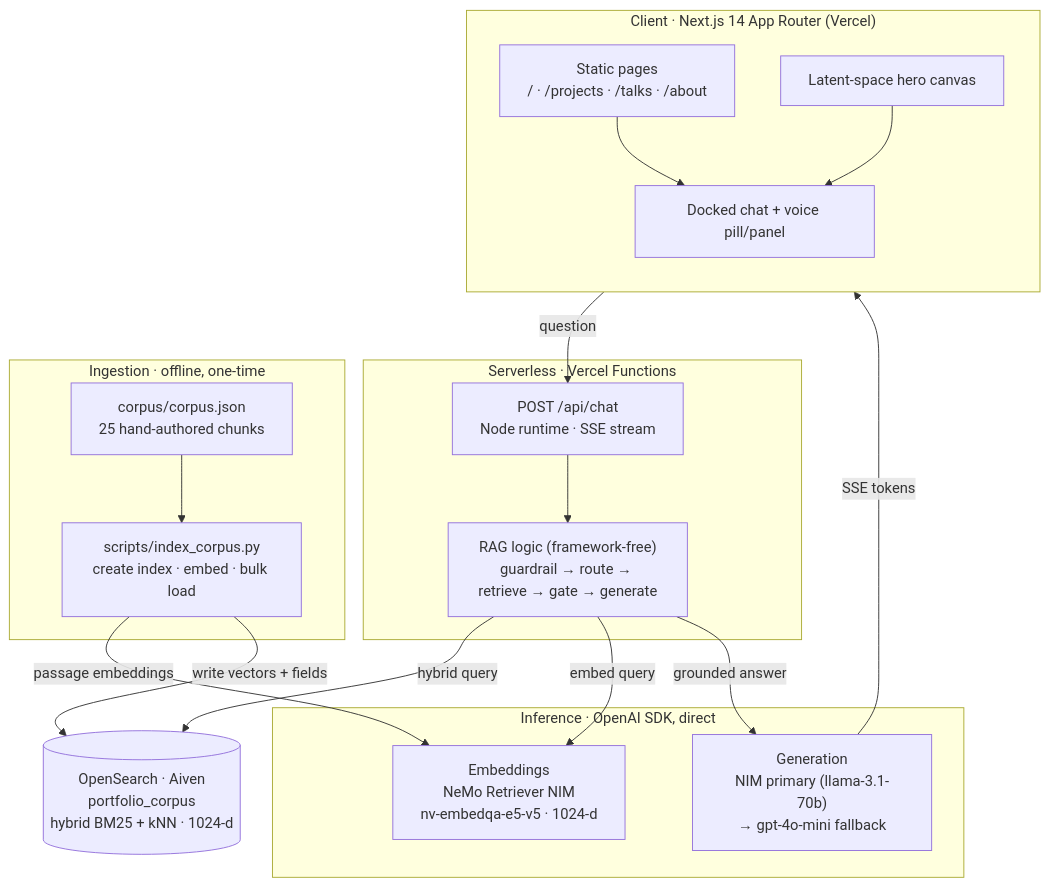
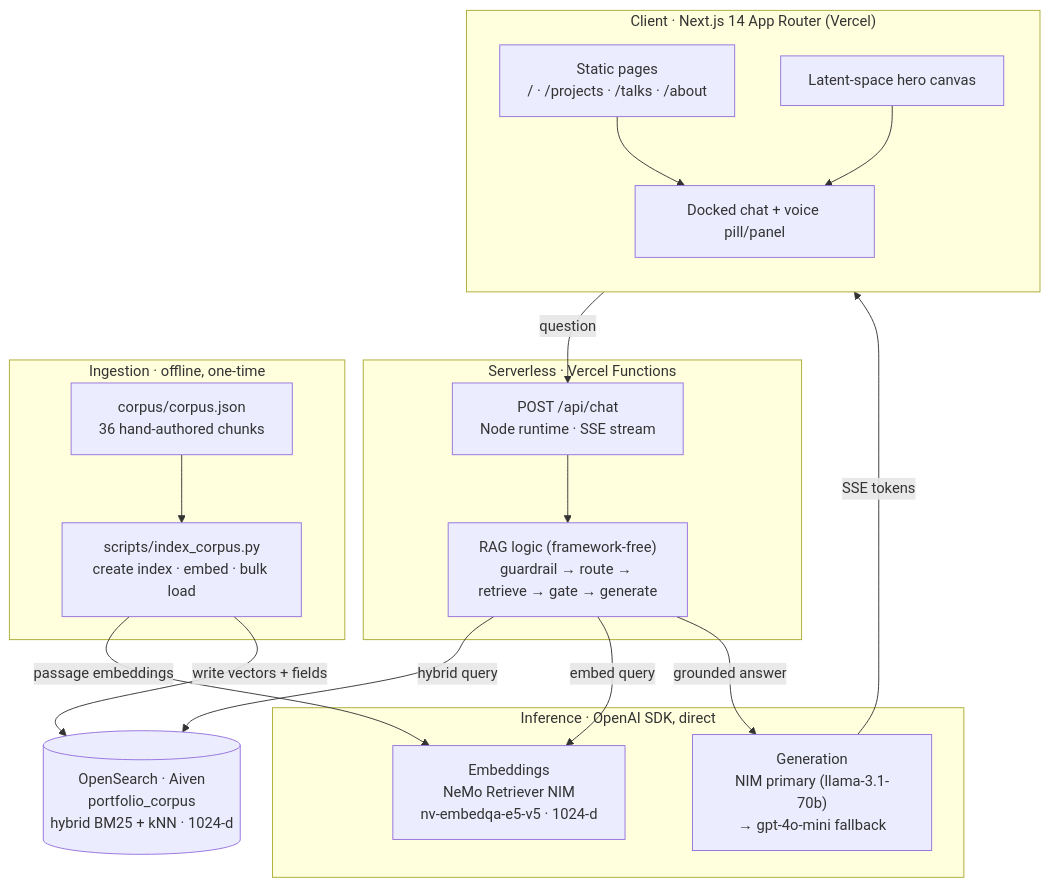
Before and after one commit to rajanimaski2486/rajanimaski-portfolio: the first of 3 diagrams in README.md, drawn with Mermaid. The commit also changed 12 other files, not shown here.

````diff
--- a/README.md
+++ b/README.md
@@ -71,39 +71,39 @@
 ```mermaid
 flowchart TB
   subgraph CLIENT["Client · Next.js 14 App Router (Vercel)"]
     direction TB
     PAGES["Static pages<br/>/ · /projects · /talks · /about"]
     HERO["Latent-space hero canvas"]
     CHAT["Docked chat + voice pill/panel"]
     PAGES --> CHAT
     HERO --> CHAT
   end
 
   subgraph EDGE["Serverless · Vercel Functions"]
     API["POST /api/chat<br/>Node runtime · SSE stream"]
     LOGIC["RAG logic (framework-free)<br/>guardrail → route → retrieve → gate → generate"]
     API --> LOGIC
   end
 
   OS[("OpenSearch · Aiven<br/>portfolio_corpus<br/>hybrid BM25 + kNN · 1024-d")]
 
   subgraph INFER["Inference · OpenAI SDK, direct"]
     EMB["Embeddings<br/>NeMo Retriever NIM<br/>nv-embedqa-e5-v5 · 1024-d"]
     GEN["Generation<br/>NIM primary (llama-3.1-70b)<br/>→ gpt-4o-mini fallback"]
   end
 
   subgraph INGEST["Ingestion · offline, one-time"]
-    CORPUS["corpus/corpus.json<br/>25 hand-authored chunks"]
+    CORPUS["corpus/corpus.json<br/>36 hand-authored chunks"]
     INDEXER["scripts/index_corpus.py<br/>create index · embed · bulk load"]
     CORPUS --> INDEXER
   end
 
   CHAT -->|question| API
   LOGIC -->|hybrid query| OS
   LOGIC -->|embed query| EMB
   LOGIC -->|grounded answer| GEN
   GEN -->|SSE tokens| CHAT
 
   INDEXER -->|passage embeddings| EMB
   INDEXER -->|write vectors + fields| OS
 ```
````
